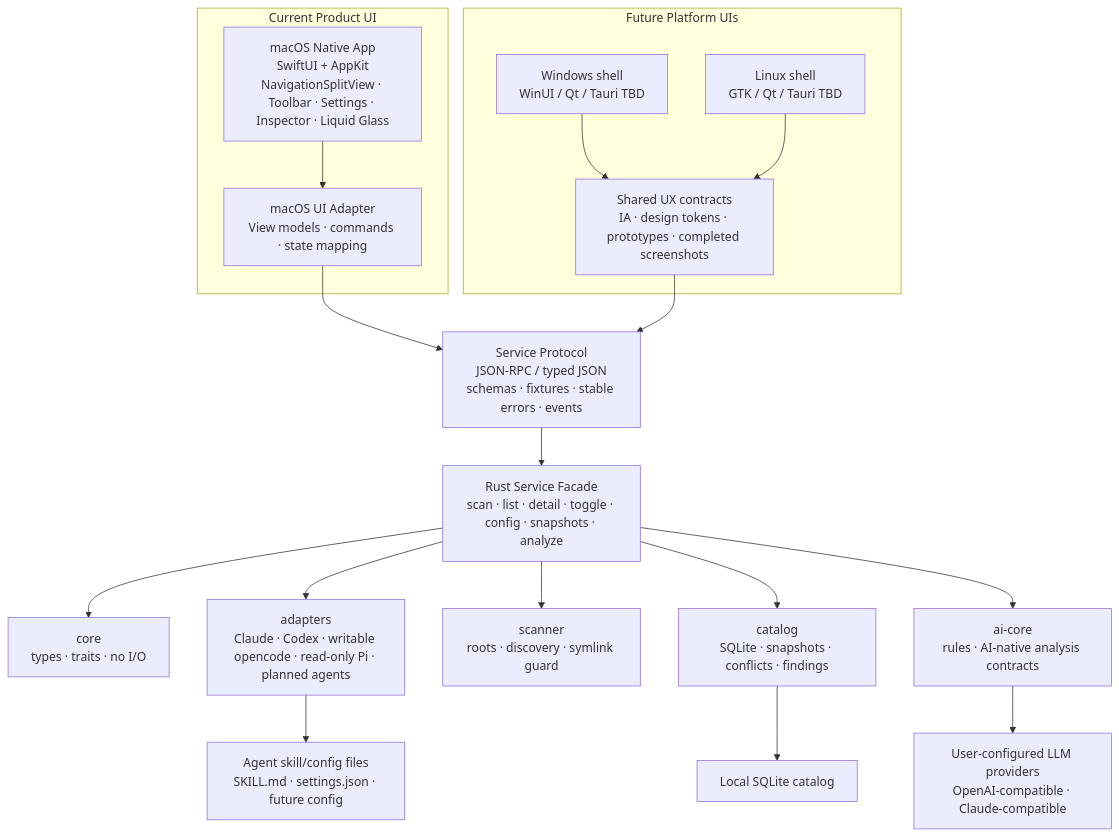
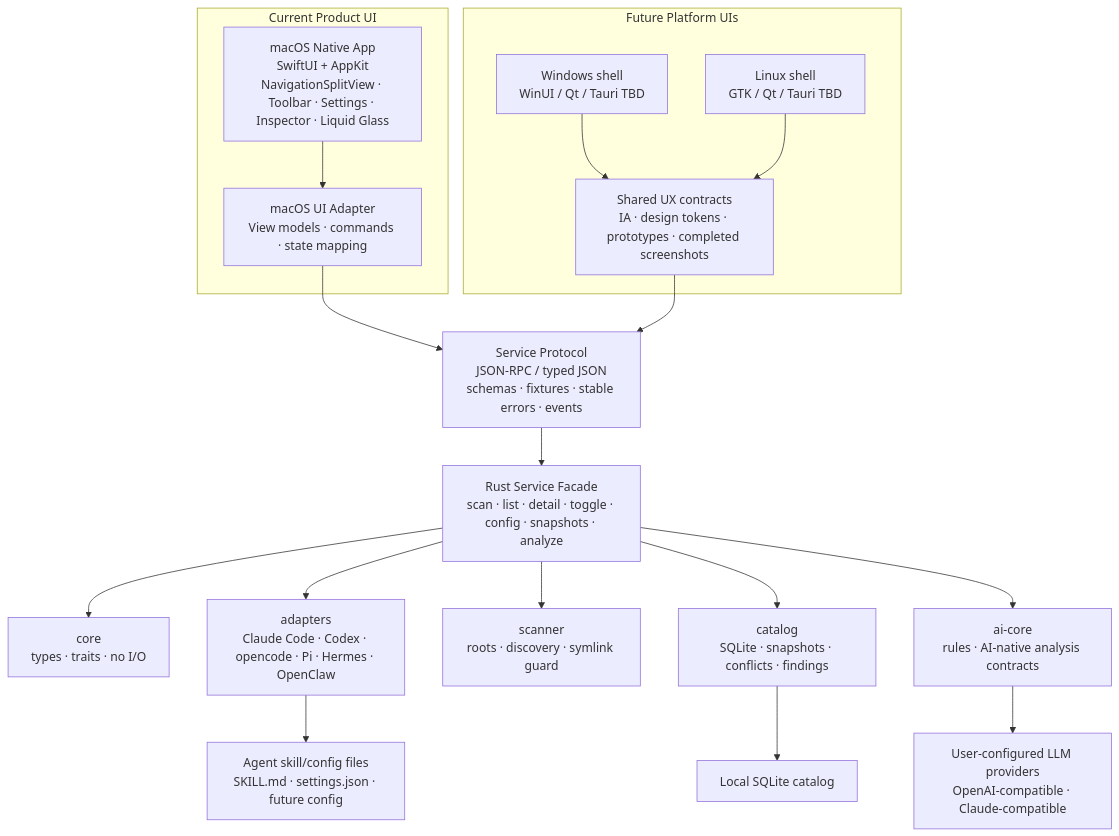
The diagram in docs/architecture.md (xjxtree/agent-copilot), drawn with Mermaid before and after one commit. The commit also changed other lines of this file and 29 other files, not shown here.

````diff
--- a/docs/architecture.md
+++ b/docs/architecture.md
@@ -42,31 +59,31 @@
 ```mermaid
 flowchart TD
   subgraph ProductUI["Current Product UI"]
     MacApp["macOS Native App<br/>SwiftUI + AppKit<br/>NavigationSplitView · Toolbar · Settings · Inspector · Liquid Glass"]
     MacVM["macOS UI Adapter<br/>View models · commands · state mapping"]
     MacApp --> MacVM
   end
 
   subgraph FutureUI["Future Platform UIs"]
     WinUI["Windows shell<br/>WinUI / Qt / Tauri TBD"]
     LinuxUI["Linux shell<br/>GTK / Qt / Tauri TBD"]
     SharedUX["Shared UX contracts<br/>IA · design tokens · prototypes · completed screenshots"]
     WinUI --> SharedUX
     LinuxUI --> SharedUX
   end
 
   MacVM --> Protocol["Service Protocol<br/>JSON-RPC / typed JSON<br/>schemas · fixtures · stable errors · events"]
   SharedUX --> Protocol
 
   Protocol --> Service["Rust Service Facade<br/>scan · list · detail · toggle · config · snapshots · analyze"]
 
   Service --> Core["core<br/>types · traits · no I/O"]
-  Service --> Adapters["adapters<br/>Claude · Codex · writable opencode · read-only Pi · planned agents"]
+  Service --> Adapters["adapters<br/>Claude Code · Codex · opencode · Pi · Hermes · OpenClaw"]
   Service --> Scanner["scanner<br/>roots · discovery · symlink guard"]
   Service --> Catalog["catalog<br/>SQLite · snapshots · conflicts · findings"]
   Service --> AiCore["ai-core<br/>rules · AI-native analysis contracts"]
 
   Catalog --> SQLite["Local SQLite catalog"]
   Adapters --> AgentFiles["Agent skill/config files<br/>SKILL.md · settings.json · future config"]
   AiCore --> Providers["User-configured LLM providers<br/>OpenAI-compatible · Claude-compatible"]
 ```
````
